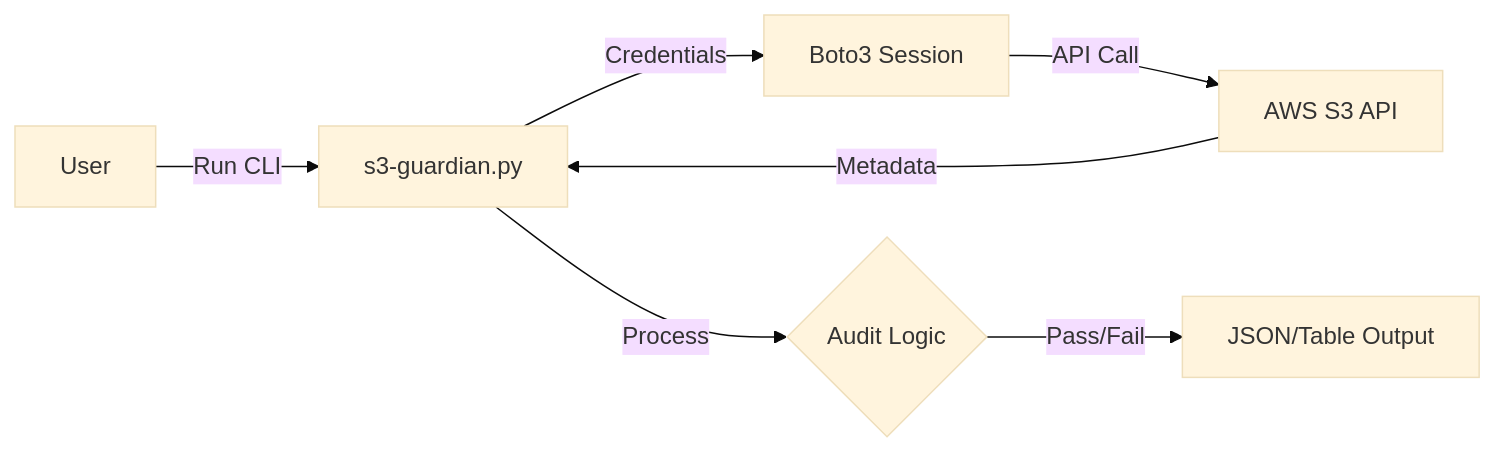
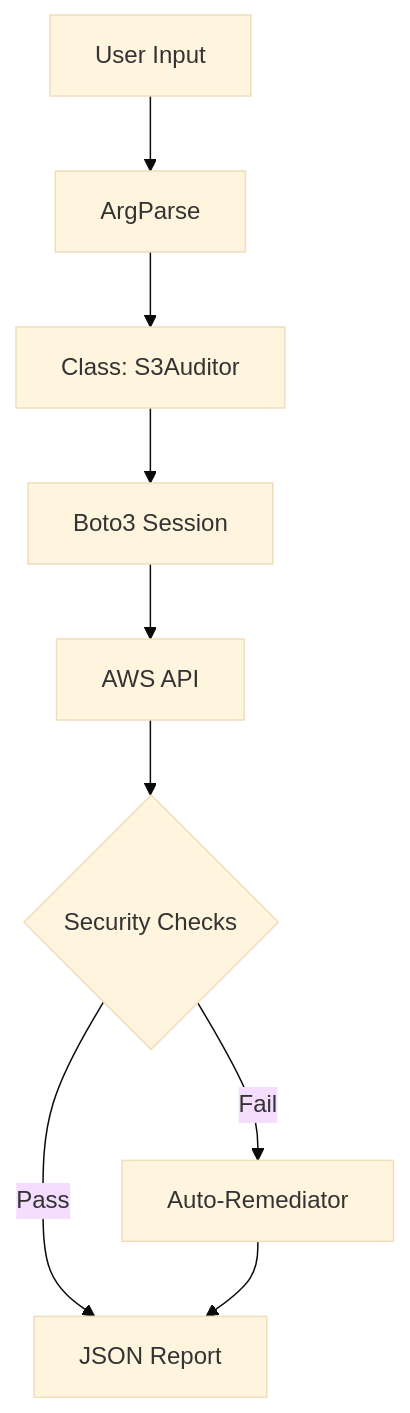
The diagram in 2-Intermediate/02-Phase-2/01-Automation/03-Python-for-DevOps/14-Capstone-Project-S3-Auditor/README.md (Ganil151/Devops), drawn with Mermaid (base theme) before and after one commit. The commit also changed other lines of this file and 217 other files, not shown here.

````diff
--- a/2-Intermediate/02-Phase-2/01-Automation/03-Python-for-DevOps/14-Capstone-Project-S3-Auditor/README.md
+++ b/2-Intermediate/02-Phase-2/01-Automation/03-Python-for-DevOps/14-Capstone-Project-S3-Auditor/README.md
@@ -27,9 +24,11 @@
 ```mermaid
-graph LR
-    User[User] -->|Run CLI| App[s3-guardian.py]
-    App -->|Credentials| Session[Boto3 Session]
-    Session -->|API Call| AWS[AWS S3 API]
-    AWS -->|Metadata| App
-    App -->|Process| Logic{Audit Logic}
-    Logic -->|Pass/Fail| Report[JSON/Table Output]
+graph TD
+    CLI[User Input] --> Args[ArgParse]
+    Args --> Auditor[Class: S3Auditor]
+    Auditor --> Boto[Boto3 Session]
+    Boto --> API[AWS API]
+    API --> Checks{Security Checks}
+    Checks -->|Fail| Fixer[Auto-Remediator]
+    Checks -->|Pass| Report
+    Fixer --> Report[JSON Report]
 ```
````
